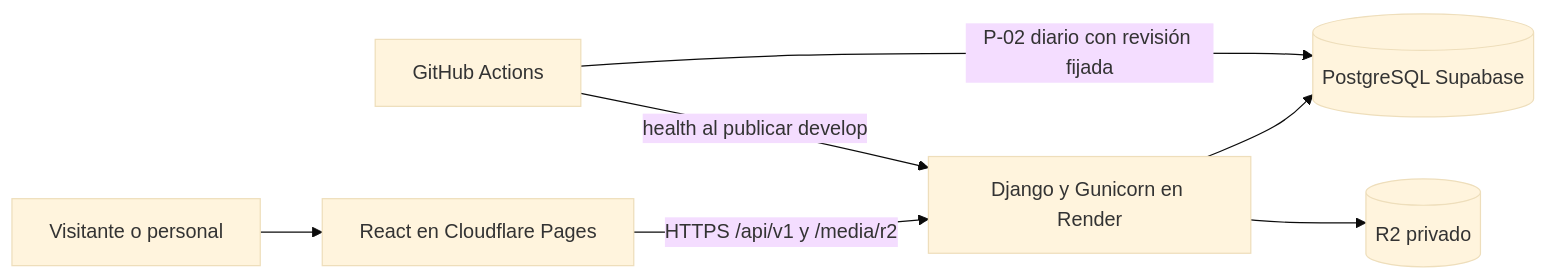
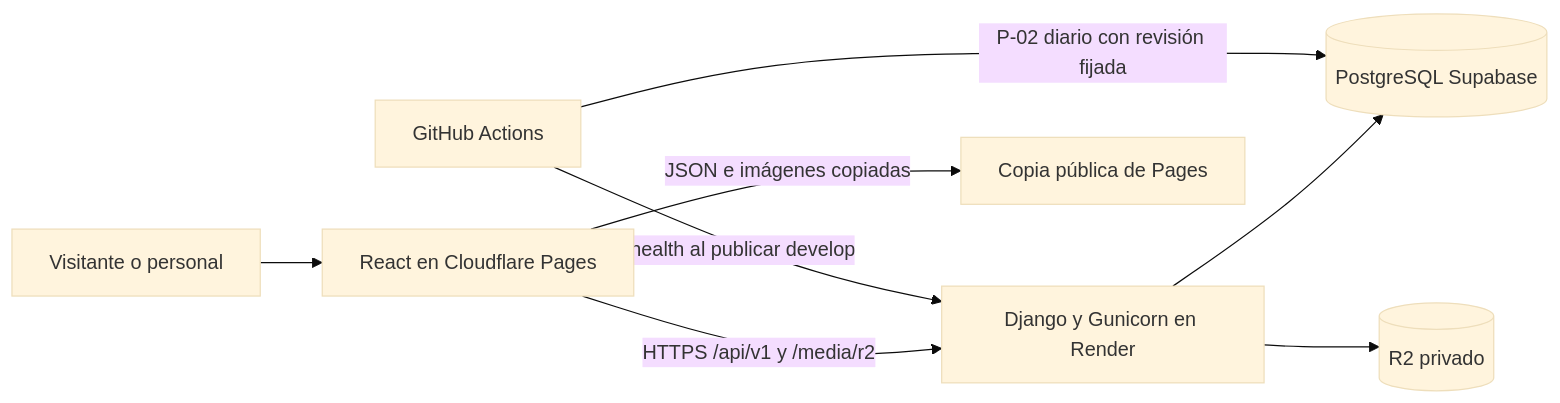
Before and after one commit to HDZaid/enobra-platform: the diagram in docs/BASE-DOCUMENTACION-TECNICA.md, drawn with Mermaid (base theme). The commit also changed other lines of this file and 33 other files, not shown here.

````diff
--- a/docs/BASE-DOCUMENTACION-TECNICA.md
+++ b/docs/BASE-DOCUMENTACION-TECNICA.md
@@ -37,9 +39,10 @@
 ```mermaid
 flowchart LR
     U[Visitante o personal] --> F[React en Cloudflare Pages]
     F -->|HTTPS /api/v1 y /media/r2| A[Django y Gunicorn en Render]
+    F -->|JSON e imágenes copiadas| C[Copia pública de Pages]
     A --> D[(PostgreSQL Supabase)]
     A --> R[(R2 privado)]
     G[GitHub Actions] -->|health al publicar develop| A
     G -->|P-02 diario con revisión fijada| D
 ```
````
